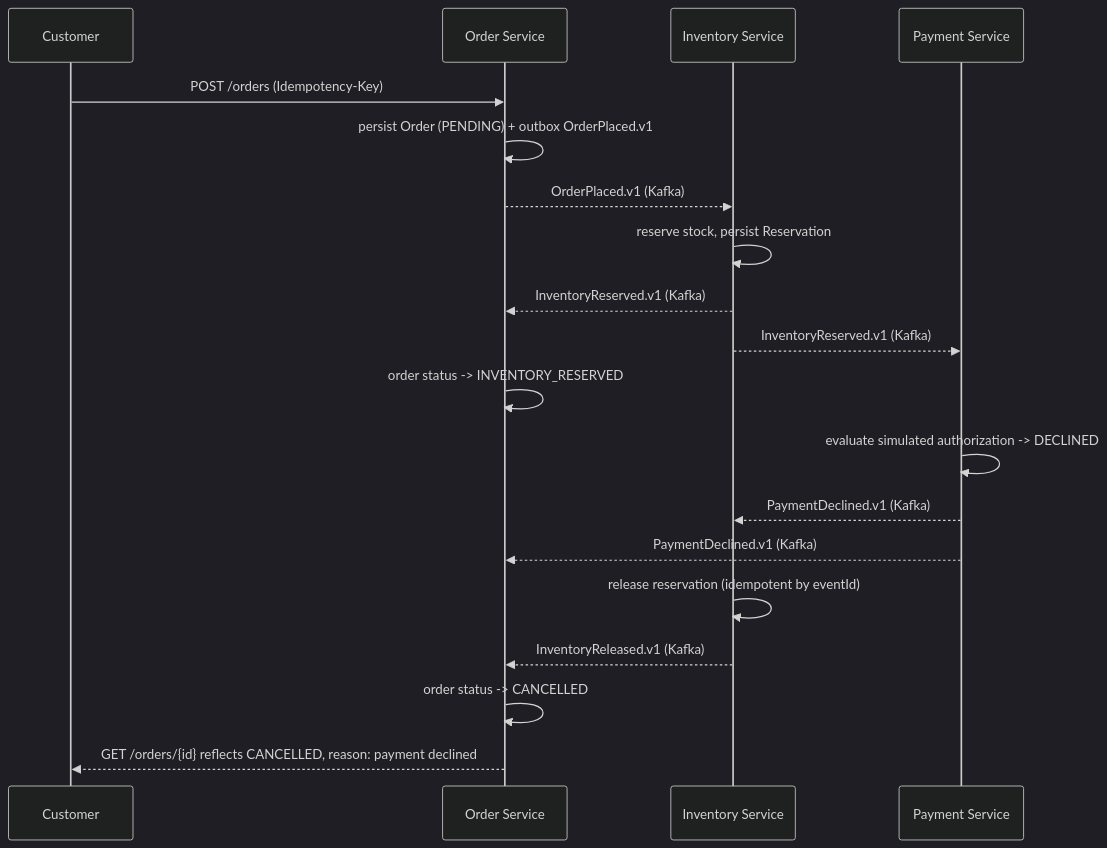
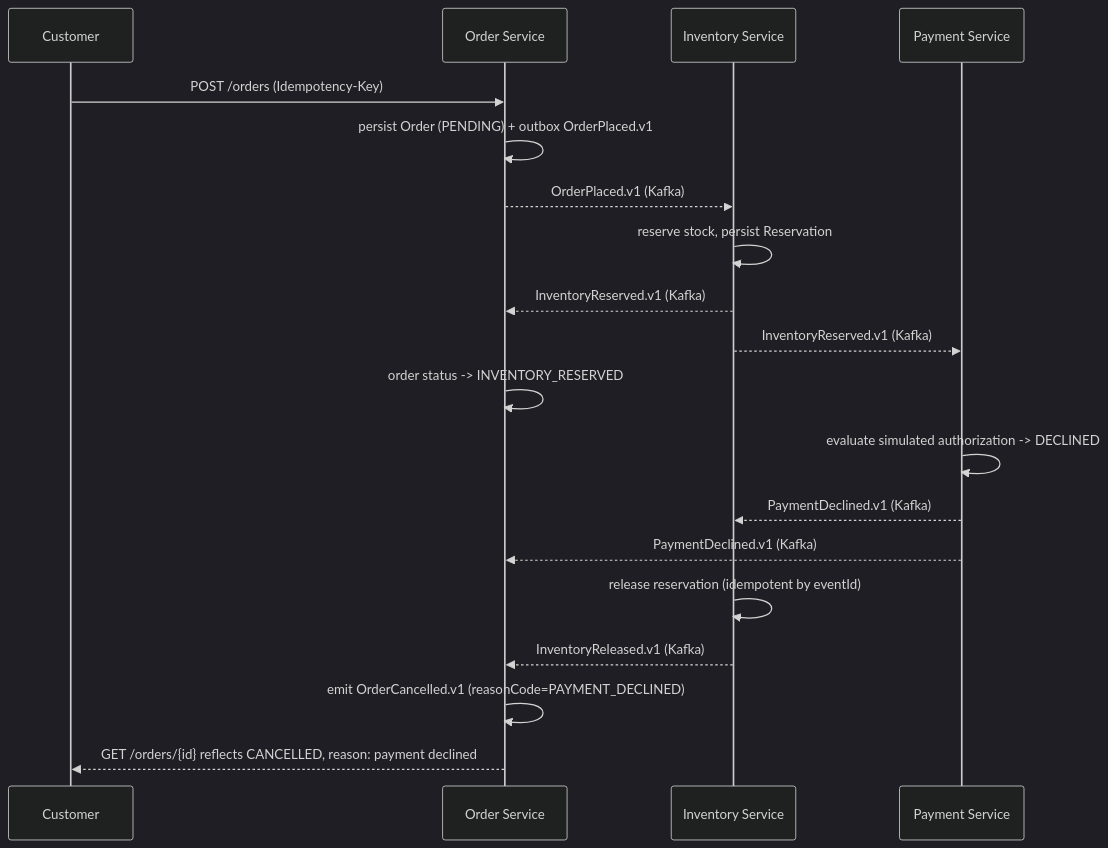
The third of 3 diagrams in docs/DOMAIN_MODEL.md (AhmedKamal-41/FullOps), drawn with Mermaid (dark theme) before and after one commit. The commit also changed other lines of this file and 101 other files, not shown here.

````diff
--- a/docs/DOMAIN_MODEL.md
+++ b/docs/DOMAIN_MODEL.md
@@ -174,22 +175,22 @@
 ```mermaid
 sequenceDiagram
     participant C as Customer
     participant O as Order Service
     participant I as Inventory Service
     participant P as Payment Service
 
     C->>O: POST /orders (Idempotency-Key)
     O->>O: persist Order (PENDING) + outbox OrderPlaced.v1
     O-->>I: OrderPlaced.v1 (Kafka)
     I->>I: reserve stock, persist Reservation
     I-->>O: InventoryReserved.v1 (Kafka)
     I-->>P: InventoryReserved.v1 (Kafka)
     O->>O: order status -> INVENTORY_RESERVED
     P->>P: evaluate simulated authorization -> DECLINED
     P-->>I: PaymentDeclined.v1 (Kafka)
     P-->>O: PaymentDeclined.v1 (Kafka)
     I->>I: release reservation (idempotent by eventId)
     I-->>O: InventoryReleased.v1 (Kafka)
-    O->>O: order status -> CANCELLED
+    O->>O: emit OrderCancelled.v1 (reasonCode=PAYMENT_DECLINED)
     O-->>C: GET /orders/{id} reflects CANCELLED, reason: payment declined
 ```
````
